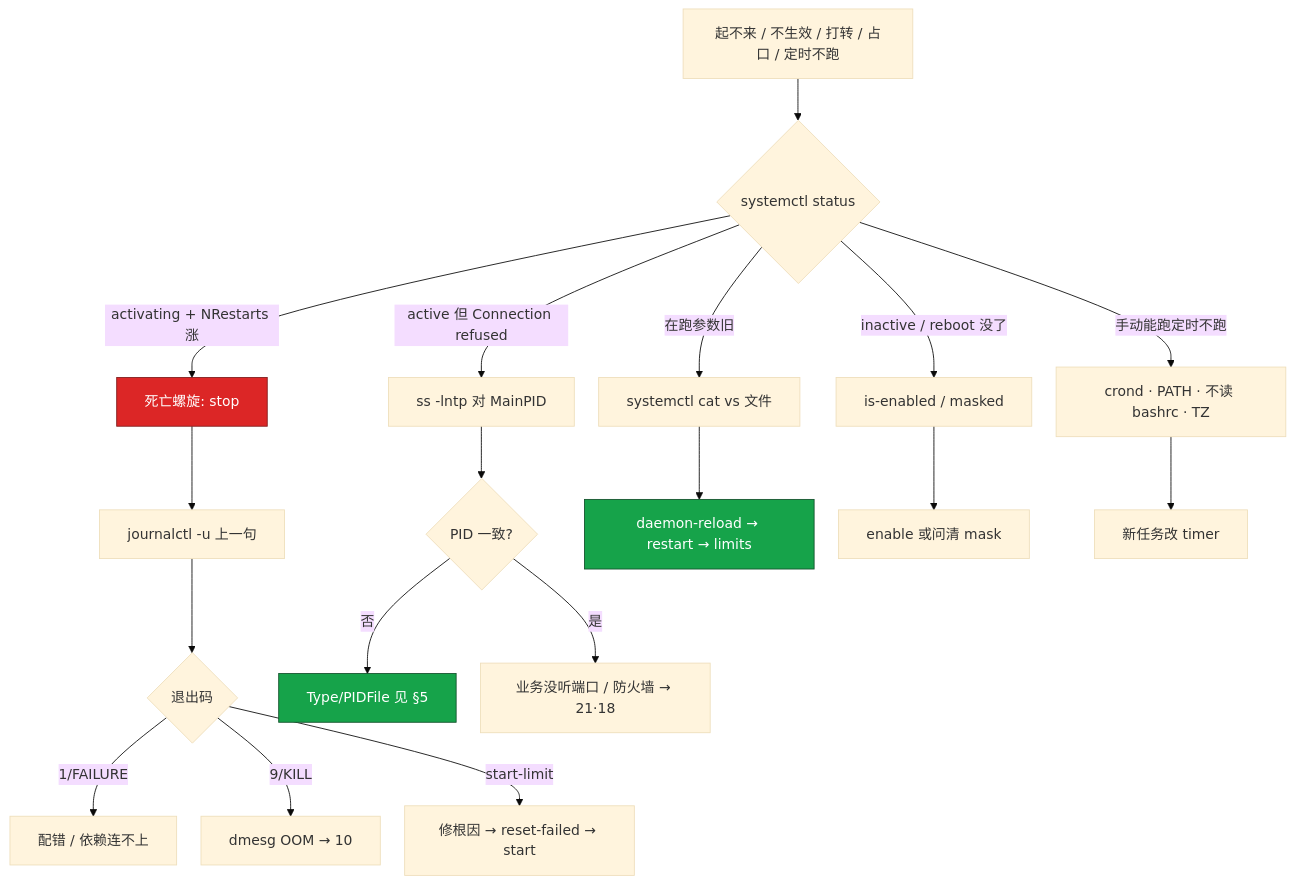
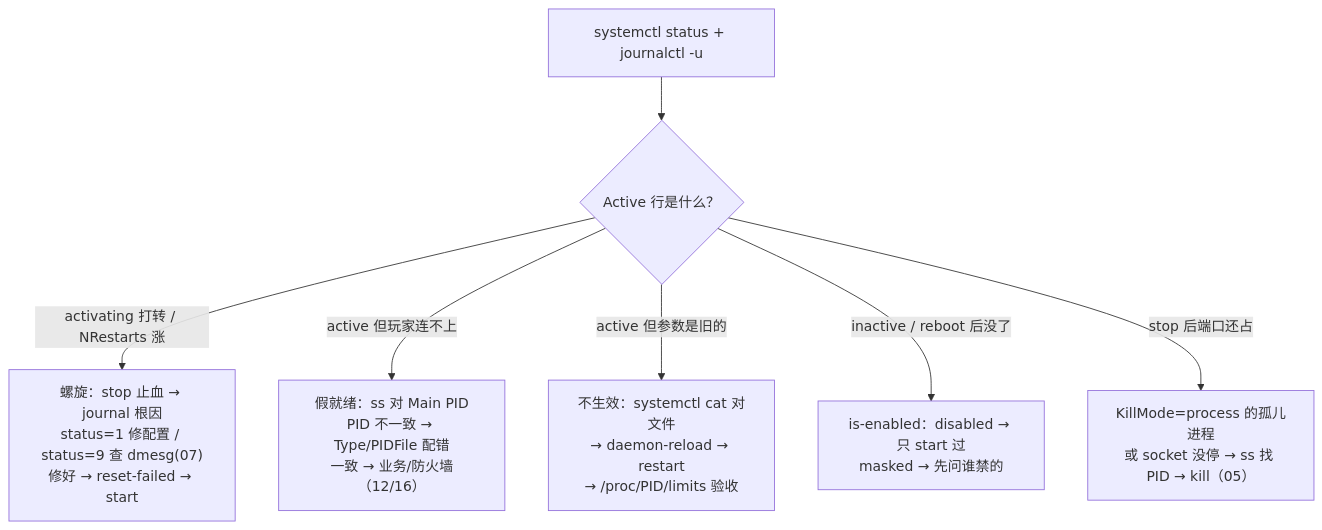
Before and after one commit to ml-cuizijun/LearnToLilith: the seventh of 7 diagrams in 01-基础底座/11-Systemd与服务管理/知识点.md, drawn with Mermaid. The commit also changed other lines of this file and 470 other files, not shown here.

````diff
--- a/01-基础底座/11-Systemd与服务管理/知识点.md
+++ b/01-基础底座/11-Systemd与服务管理/知识点.md
@@ -914,31 +446,9 @@
 ```mermaid
-%%{init: {"flowchart": {"padding": 16, "nodeSpacing": 28, "rankSpacing": 48}, "theme": "base"}}%%
 flowchart TB
-    A[起不来 / 不生效 / 打转 / 占口 / 定时不跑] --> B{systemctl status}
-
-    B -->|activating + NRestarts 涨| C[死亡螺旋: stop]
-    C --> D[journalctl -u 上一句]
-    D --> E{退出码}
-    E -->|1/FAILURE| F[配错 / 依赖连不上]
-    E -->|9/KILL| G[dmesg OOM → 10]
-    E -->|start-limit| H[修根因 → reset-failed → start]
-
-    B -->|active 但 Connection refused| I[ss -lntp 对 MainPID]
-    I --> J{PID 一致?}
-    J -->|否| K[Type/PIDFile 见 §5]
-    J -->|是| L[业务没听端口 / 防火墙 → 21·18]
-
-    B -->|在跑参数旧| M[systemctl cat vs 文件]
-    M --> N[daemon-reload → restart → limits]
-
-    B -->|inactive / reboot 没了| O[is-enabled / masked]
-    O --> P[enable 或问清 mask]
-
-    B -->|手动能跑定时不跑| Q[crond · PATH · 不读 bashrc · TZ]
-    Q --> R[新任务改 timer]
-
-    classDef bad fill:#DC2626,stroke:#7F1D1D,color:#fff
-    classDef ok fill:#16A34A,stroke:#14532D,color:#fff
-    class C bad
-    class N,K ok
+    S["systemctl status + journalctl -u"] --> A{"Active 行是什么？"}
+    A -->|"activating 打转 / NRestarts 涨"| B["螺旋：stop 止血 → journal 根因<br/>status=1 修配置 / status=9 查 dmesg(07)<br/>修好 → reset-failed → start"]
+    A -->|"active 但玩家连不上"| C["假就绪：ss 对 Main PID<br/>PID 不一致 → Type/PIDFile 配错<br/>一致 → 业务/防火墙（12/16）"]
+    A -->|"active 但参数是旧的"| D["不生效：systemctl cat 对文件<br/>→ daemon-reload → restart<br/>→ /proc/PID/limits 验收"]
+    A -->|"inactive / reboot 后没了"| E["is-enabled：disabled → 只 start 过<br/>masked → 先问谁禁的"]
+    A -->|"stop 后端口还占"| F["KillMode=process 的孤儿进程<br/>或 socket 没停 → ss 找 PID → kill（05）"]
 ```
````
